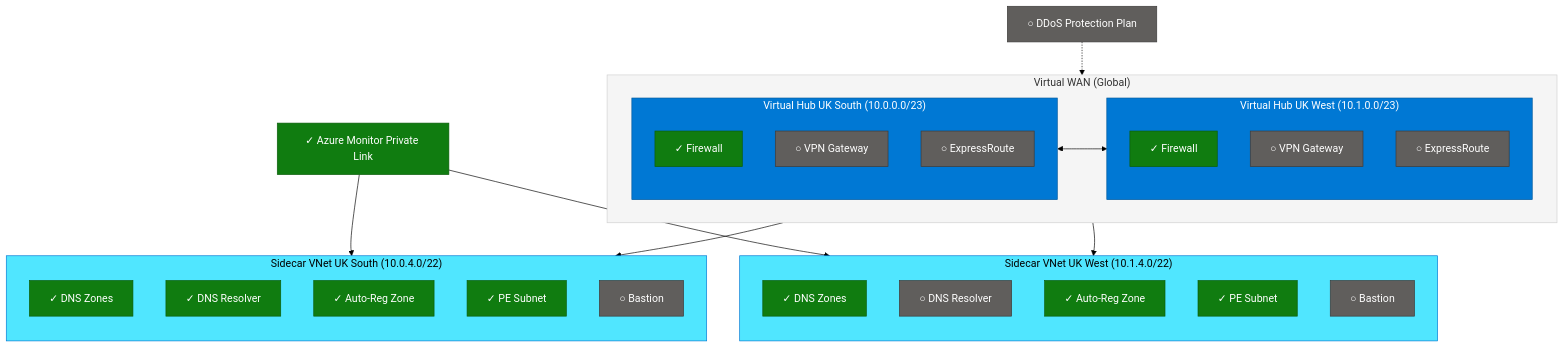
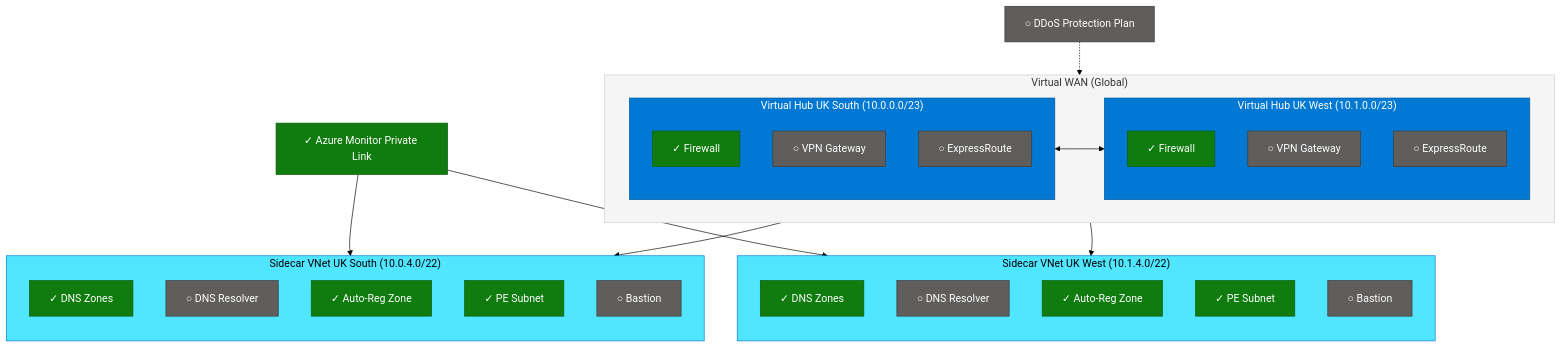
Before and after one commit to Ensono/stacks-azure-platform-landing-zone: the diagram in src/connectivity-virtual-wan/deploy/terraform/examples/multi_region/README.md, drawn with Mermaid (forest theme). The commit also changed other lines of this file and 137 other files, not shown here.

````diff
--- a/src/connectivity-virtual-wan/deploy/terraform/examples/multi_region/README.md
+++ b/src/connectivity-virtual-wan/deploy/terraform/examples/multi_region/README.md
@@ -7,73 +7,73 @@
 ```mermaid
 flowchart TB
     subgraph vwan["Virtual WAN (Global)"]
         direction LR
 
         subgraph hubSouth["Virtual Hub UK South (10.0.0.0/23)"]
             direction TB
             fw1["✓ Firewall"]
             vpn1["○ VPN Gateway"]
             er1["○ ExpressRoute"]
         end
 
         subgraph hubWest["Virtual Hub UK West (10.1.0.0/23)"]
             direction TB
             fw2["✓ Firewall"]
             vpn2["○ VPN Gateway"]
             er2["○ ExpressRoute"]
         end
 
         hubSouth <--> hubWest
     end
 
     subgraph sidecarSouth["Sidecar VNet UK South (10.0.4.0/22)"]
         direction TB
         dns1["✓ DNS Zones"]
-        resolver1["✓ DNS Resolver"]
+        resolver1["○ DNS Resolver"]
         autoreg1["✓ Auto-Reg Zone"]
         pe1["✓ PE Subnet"]
         bas1["○ Bastion"]
     end
 
     subgraph sidecarWest["Sidecar VNet UK West (10.1.4.0/22)"]
         direction TB
         dns2["✓ DNS Zones"]
         resolver2["○ DNS Resolver"]
         autoreg2["✓ Auto-Reg Zone"]
         pe2["✓ PE Subnet"]
         bas2["○ Bastion"]
     end
 
     ampls["✓ Azure Monitor Private Link"]
     ddos["○ DDoS Protection Plan"]
 
     hubSouth --> sidecarSouth
     hubWest --> sidecarWest
     ampls --> sidecarSouth
     ampls --> sidecarWest
     ddos -.-> vwan
 
     style vwan fill:#f5f5f5,stroke:#d0d0d0
     style hubSouth fill:#0078D4,stroke:#005A9E,color:#fff
     style hubWest fill:#0078D4,stroke:#005A9E,color:#fff
     style sidecarSouth fill:#50E6FF,stroke:#0078D4,color:#000
     style sidecarWest fill:#50E6FF,stroke:#0078D4,color:#000
     style fw1 fill:#107C10,stroke:#0B5C0B,color:#fff
     style fw2 fill:#107C10,stroke:#0B5C0B,color:#fff
     style dns1 fill:#107C10,stroke:#0B5C0B,color:#fff
     style dns2 fill:#107C10,stroke:#0B5C0B,color:#fff
-    style resolver1 fill:#107C10,stroke:#0B5C0B,color:#fff
+    style resolver1 fill:#605E5C,stroke:#3B3A39,color:#fff
     style resolver2 fill:#605E5C,stroke:#3B3A39,color:#fff
     style autoreg1 fill:#107C10,stroke:#0B5C0B,color:#fff
     style autoreg2 fill:#107C10,stroke:#0B5C0B,color:#fff
     style pe1 fill:#107C10,stroke:#0B5C0B,color:#fff
     style pe2 fill:#107C10,stroke:#0B5C0B,color:#fff
     style bas1 fill:#605E5C,stroke:#3B3A39,color:#fff
     style bas2 fill:#605E5C,stroke:#3B3A39,color:#fff
     style vpn1 fill:#605E5C,stroke:#3B3A39,color:#fff
     style vpn2 fill:#605E5C,stroke:#3B3A39,color:#fff
     style er1 fill:#605E5C,stroke:#3B3A39,color:#fff
     style er2 fill:#605E5C,stroke:#3B3A39,color:#fff
     style ampls fill:#107C10,stroke:#0B5C0B,color:#fff
     style ddos fill:#605E5C,stroke:#3B3A39,color:#fff
 ```
````
